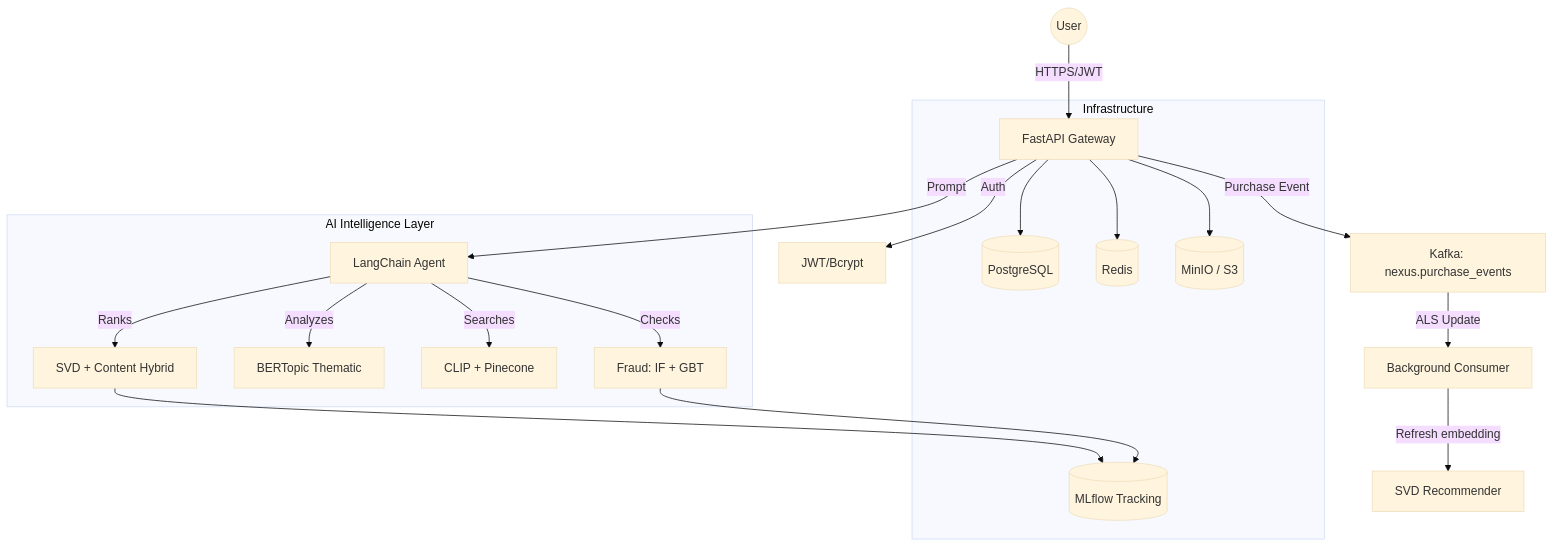
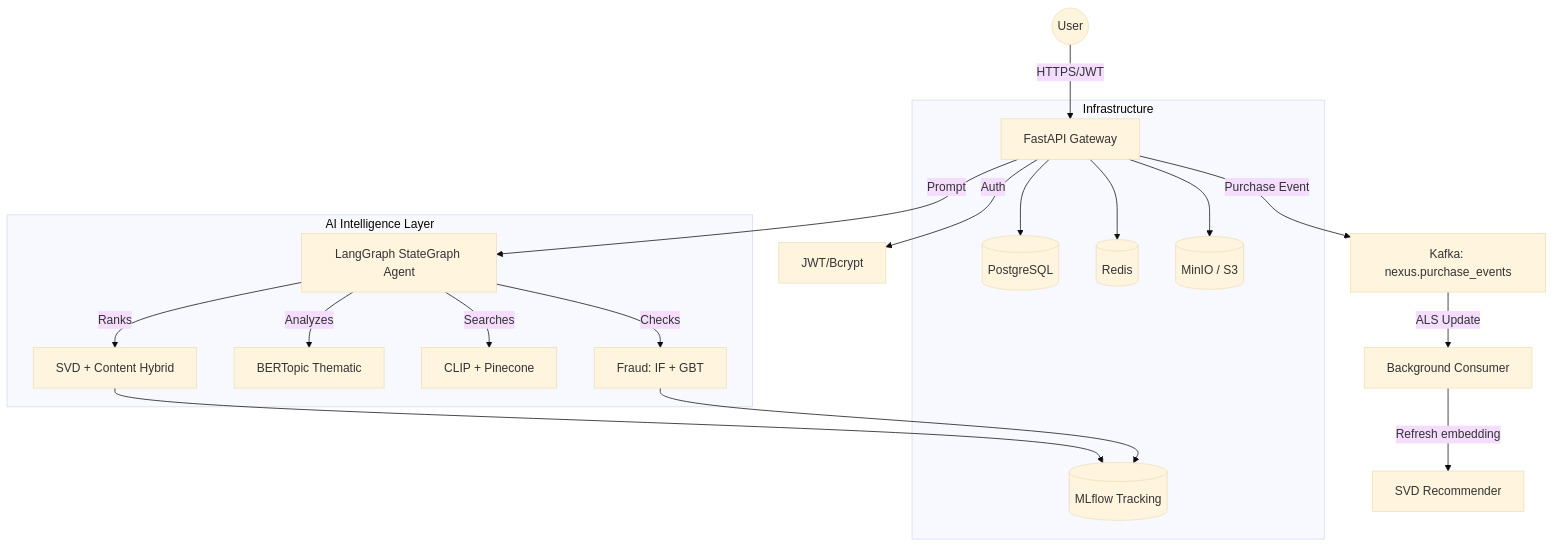
The diagram in README.md (raiigauravv/nexus.ai), drawn with Mermaid (base theme) before and after one commit. The commit also changed other lines of this file and 12 other files, not shown here.

````diff
--- a/README.md
+++ b/README.md
@@ -49,24 +50,24 @@
 ```mermaid
 graph TD
     User((User)) -->|HTTPS/JWT| API[FastAPI Gateway]
     API -->|Auth| AuthModule[JWT/Bcrypt]
-    API -->|Prompt| Agent[LangChain Agent]
+    API -->|Prompt| Agent[LangGraph StateGraph Agent]
     API -->|Purchase Event| Kafka[Kafka: nexus.purchase_events]
     Kafka -->|ALS Update| Consumer[Background Consumer]
     Consumer -->|Refresh embedding| Recommender[SVD Recommender]
 
     subgraph "AI Intelligence Layer"
         Agent -->|Checks| Fraud[Fraud: IF + GBT]
         Agent -->|Analyzes| Topics[BERTopic Thematic]
         Agent -->|Searches| Vision[CLIP + Pinecone]
         Agent -->|Ranks| Recs[SVD + Content Hybrid]
     end
 
     subgraph "Infrastructure"
         API --> DB[(PostgreSQL)]
         API --> Cache[(Redis)]
         API --> Storage[(MinIO / S3)]
         Fraud --> MLflow[(MLflow Tracking)]
         Recs --> MLflow
     end
 ```
````
